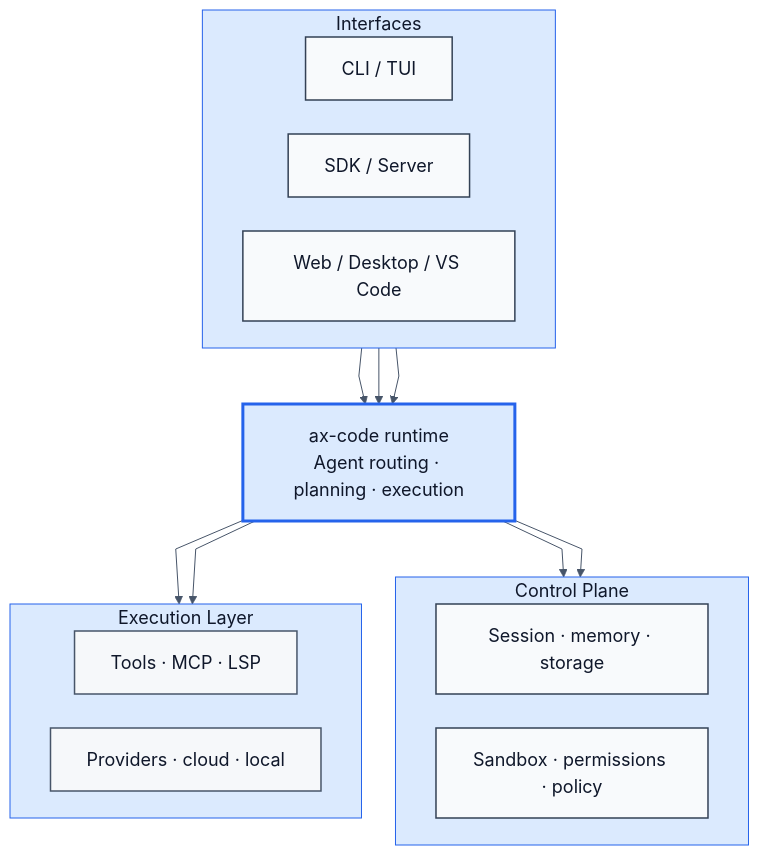
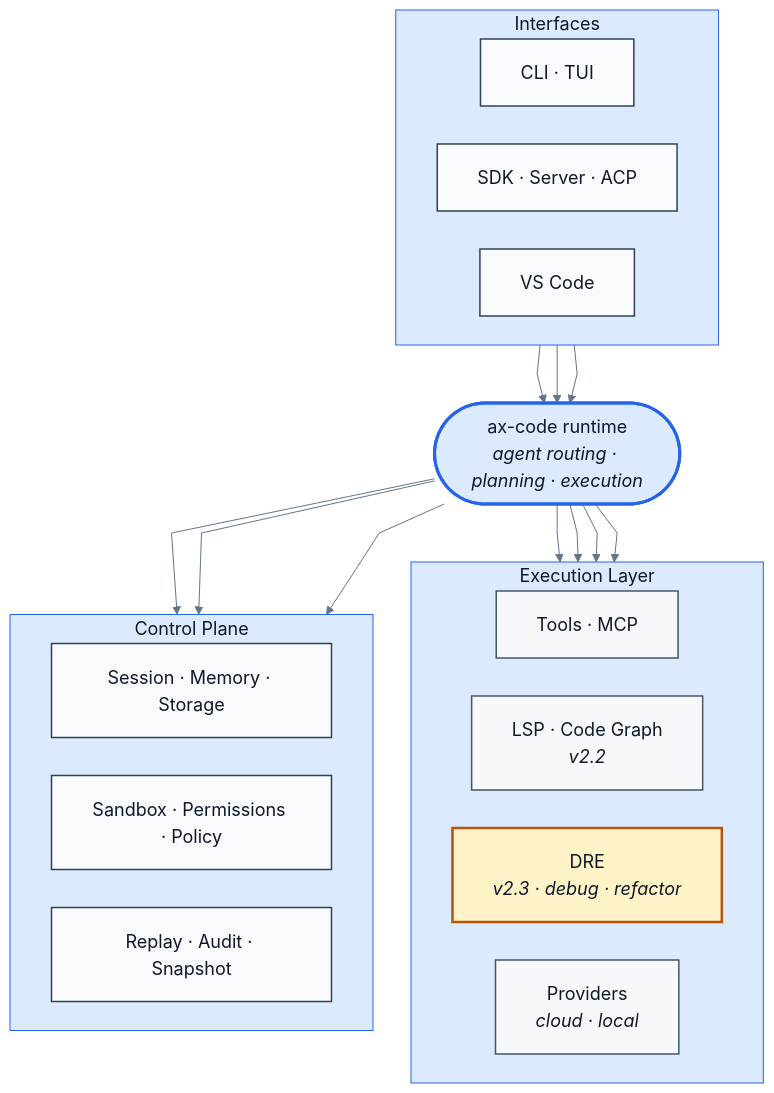
The diagram in docs/ax-code-runtime.mmd (defai-digital/ax-code), drawn with Mermaid before and after one commit. The commit also changed 607 other files, not shown here.

```diff
--- a/docs/ax-code-runtime.mmd
+++ b/docs/ax-code-runtime.mmd
@@ -1,63 +1,73 @@
 %%{init: {
   "theme": "base",
   "themeVariables": {
     "background": "#ffffff",
     "primaryColor": "#f8fafc",
     "primaryTextColor": "#0f172a",
     "primaryBorderColor": "#0f172a",
-    "lineColor": "#475569",
+    "lineColor": "#64748b",
     "secondaryColor": "#e2e8f0",
     "secondaryTextColor": "#0f172a",
     "secondaryBorderColor": "#334155",
     "tertiaryColor": "#dbeafe",
     "tertiaryTextColor": "#0f172a",
     "tertiaryBorderColor": "#2563eb",
     "fontFamily": "ui-sans-serif, -apple-system, BlinkMacSystemFont, Segoe UI, Helvetica, Arial, sans-serif",
     "fontSize": "18px"
   },
   "flowchart": {
     "curve": "linear",
     "htmlLabels": true,
-    "nodeSpacing": 34,
-    "rankSpacing": 56,
-    "padding": 18
+    "nodeSpacing": 38,
+    "rankSpacing": 58,
+    "padding": 20
   }
 }}%%
 
 flowchart TB
   subgraph A["Interfaces"]
     direction LR
-    CLI["CLI / TUI"]
-    SDK["SDK / Server"]
-    UX["Web / Desktop / VS Code"]
+    CLI["CLI · TUI"]
+    SDK["SDK · Server · ACP"]
+    VSC["VS Code"]
   end
 
-  R["ax-code runtime<br/>Agent routing · planning · execution"]
+  R(["ax-code runtime<br/><i>agent routing · planning · execution</i>"])
+
+  subgraph X["Execution Layer"]
+    direction LR
+    TL["Tools · MCP"]
+    LS["LSP · Code Graph<br/><i>v2.2</i>"]
+    DRE["DRE<br/><i>v2.3 · debug · refactor</i>"]
+    PV["Providers<br/><i>cloud · local</i>"]
+  end
 
   subgraph C["Control Plane"]
     direction LR
-    ST["Session · memory · storage"]
-    SG["Sandbox · permissions · policy"]
-  end
-
-  subgraph X["Execution Layer"]
-    direction LR
-    TL["Tools · MCP · LSP"]
-    PV["Providers · cloud · local"]
+    ST["Session · Memory · Storage"]
+    SG["Sandbox · Permissions · Policy"]
+    OB["Replay · Audit · Snapshot"]
   end
 
   CLI --> R
   SDK --> R
-  UX --> R
+  VSC --> R
+
   R --> TL
+  R --> LS
+  R --> DRE
   R --> PV
+
   R --> ST
   R --> SG
+  R --> OB
 
   classDef runtime fill:#dbeafe,stroke:#2563eb,stroke-width:3px,color:#0f172a
   classDef surface fill:#f8fafc,stroke:#334155,stroke-width:1.5px,color:#0f172a
   classDef exec fill:#f6f8fa,stroke:#475569,stroke-width:1.5px,color:#0f172a
+  classDef power fill:#fef3c7,stroke:#b45309,stroke-width:2.5px,color:#0f172a
 
   class R runtime
-  class CLI,SDK,UX,ST,SG surface
-  class TL,PV exec
+  class CLI,SDK,VSC,ST,SG,OB surface
+  class TL,LS,PV exec
+  class DRE power
```
